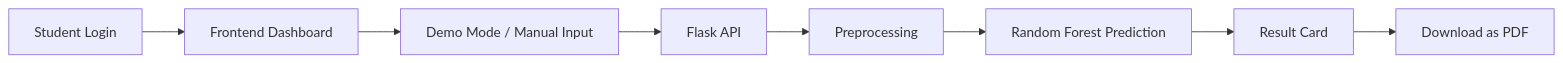
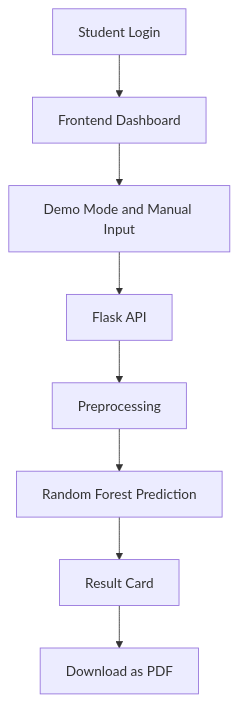
Before and after one commit to Ronak501/Diabetes-Risk: the first of 3 diagrams in README.md, drawn with Mermaid. The commit also changed other lines of this file and 3 other files, not shown here.

Commit message:
feat: update project diagrams and styles for improved presentation

````diff
--- a/README.md
+++ b/README.md
@@ -104,10 +104,12 @@
 ```mermaid
-flowchart LR
-  A[Student Login] --> B[Frontend Dashboard]
-  B --> C[Demo Mode / Manual Input]
-  C --> D[Flask API]
-  D --> E[Preprocessing]
-  E --> F[Random Forest Prediction]
-  F --> G[Result Card]
-  G --> H[Download as PDF]
+flowchart TD
+  n1["Student Login"]
+  n2["Frontend Dashboard"]
+  n3["Demo Mode and Manual Input"]
+  n4["Flask API"]
+  n5["Preprocessing"]
+  n6["Random Forest Prediction"]
+  n7["Result Card"]
+  n8["Download as PDF"]
+  n1 --> n2 --> n3 --> n4 --> n5 --> n6 --> n7 --> n8
 ```
````
